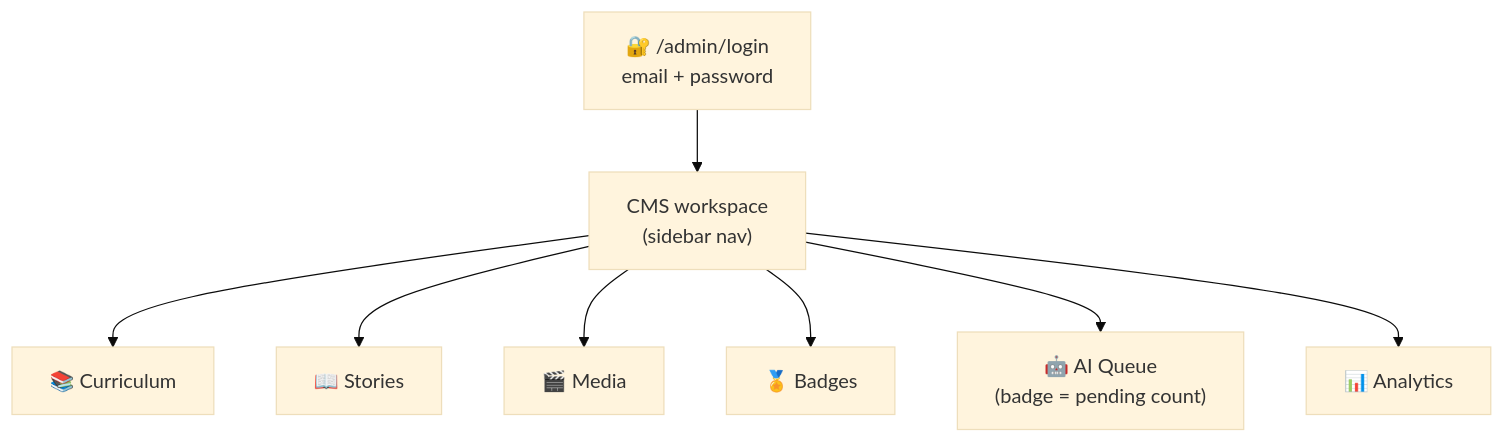
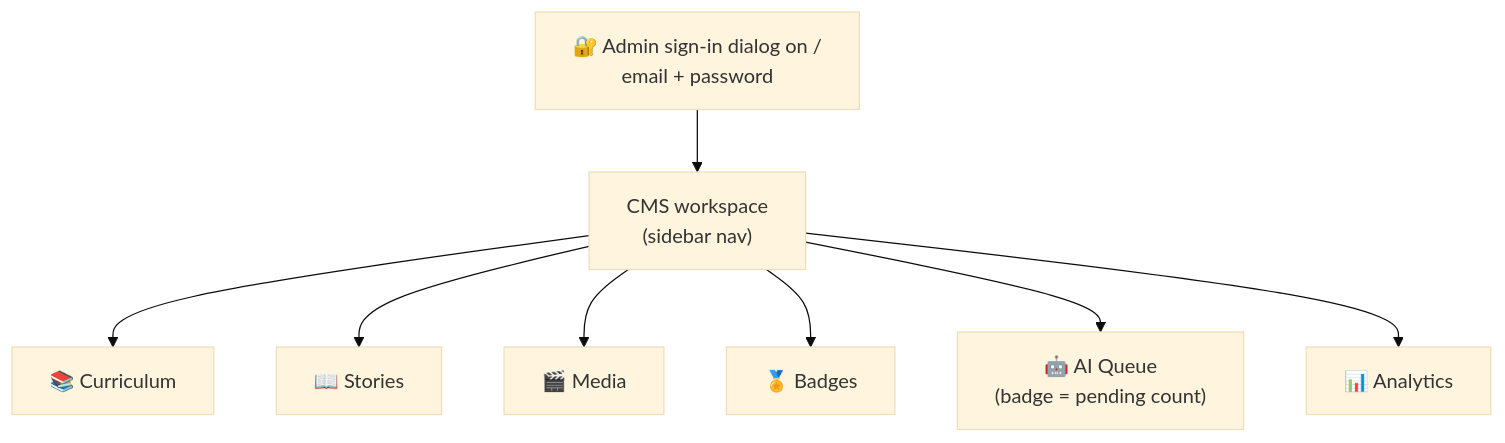
Diagram 22 of 28 in document/user-journey-manual.md (salmanbd100/kidlearn), drawn with Mermaid (base theme) before and after one commit. The commit also changed other lines of this file and 30 other files, not shown here.

````diff
--- a/document/user-journey-manual.md
+++ b/document/user-journey-manual.md
@@ -585,10 +585,10 @@
 ```mermaid
 flowchart TD
-    Login["🔐 /admin/login<br/>email + password"] --> CMS["CMS workspace<br/>(sidebar nav)"]
+    Login["🔐 Admin sign-in dialog on /<br/>email + password"] --> CMS["CMS workspace<br/>(sidebar nav)"]
     CMS --> Curr[📚 Curriculum]
     CMS --> Stories[📖 Stories]
     CMS --> Media[🎬 Media]
     CMS --> Badges[🏅 Badges]
     CMS --> Queue["🤖 AI Queue<br/>(badge = pending count)"]
     CMS --> Analytics[📊 Analytics]
 ```
````
